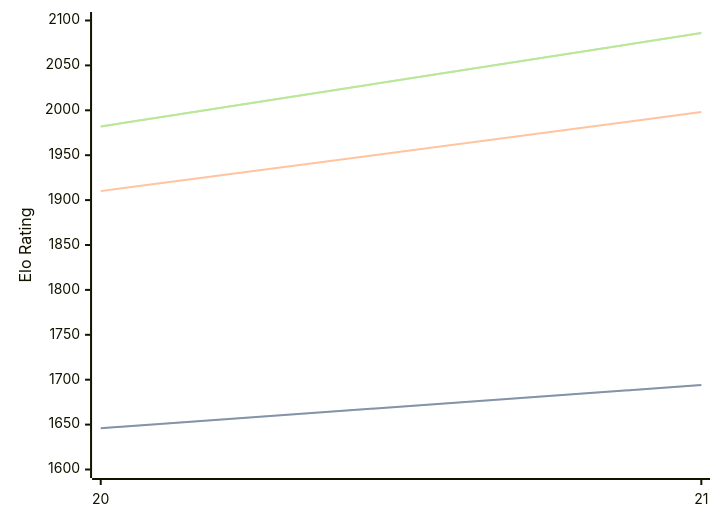
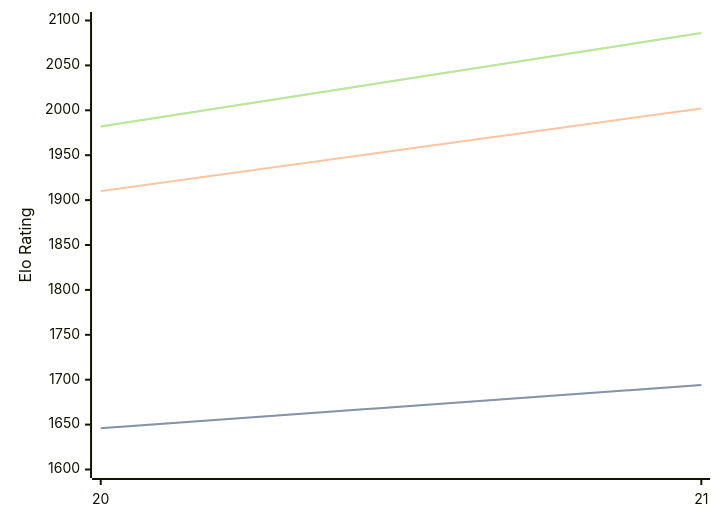
One commit to computer-chess-index/cci changed the diagram in engines/PurplePanda.md. Above: the diagram before and after it, drawn with Mermaid. The commit also changed other lines of this file, not shown here.

````diff
--- a/engines/PurplePanda.md
+++ b/engines/PurplePanda.md
@@ -32,11 +32,11 @@
 ```mermaid
 %%{init: {"theme":"base","themeVariables":{"seriesColors:['#a3a3a3','#222221','#faa371']}}}%%
 xychart-beta
   x-axis ["20", "21"]
   y-axis "Elo Rating" 1600 --> 2100
   line "" [1646, 1694]
   line "STC (8.0+0.08s)" [1646, 1694]
-  line "LTC (60.0+0.60s)" [1910, 1998]
+  line "LTC (60.0+0.60s)" [1910, 2002]
   line "" [1982, 2086]
   line "VLTC (2m24s+1.12s)" [1982, 2086]
 ```
````
